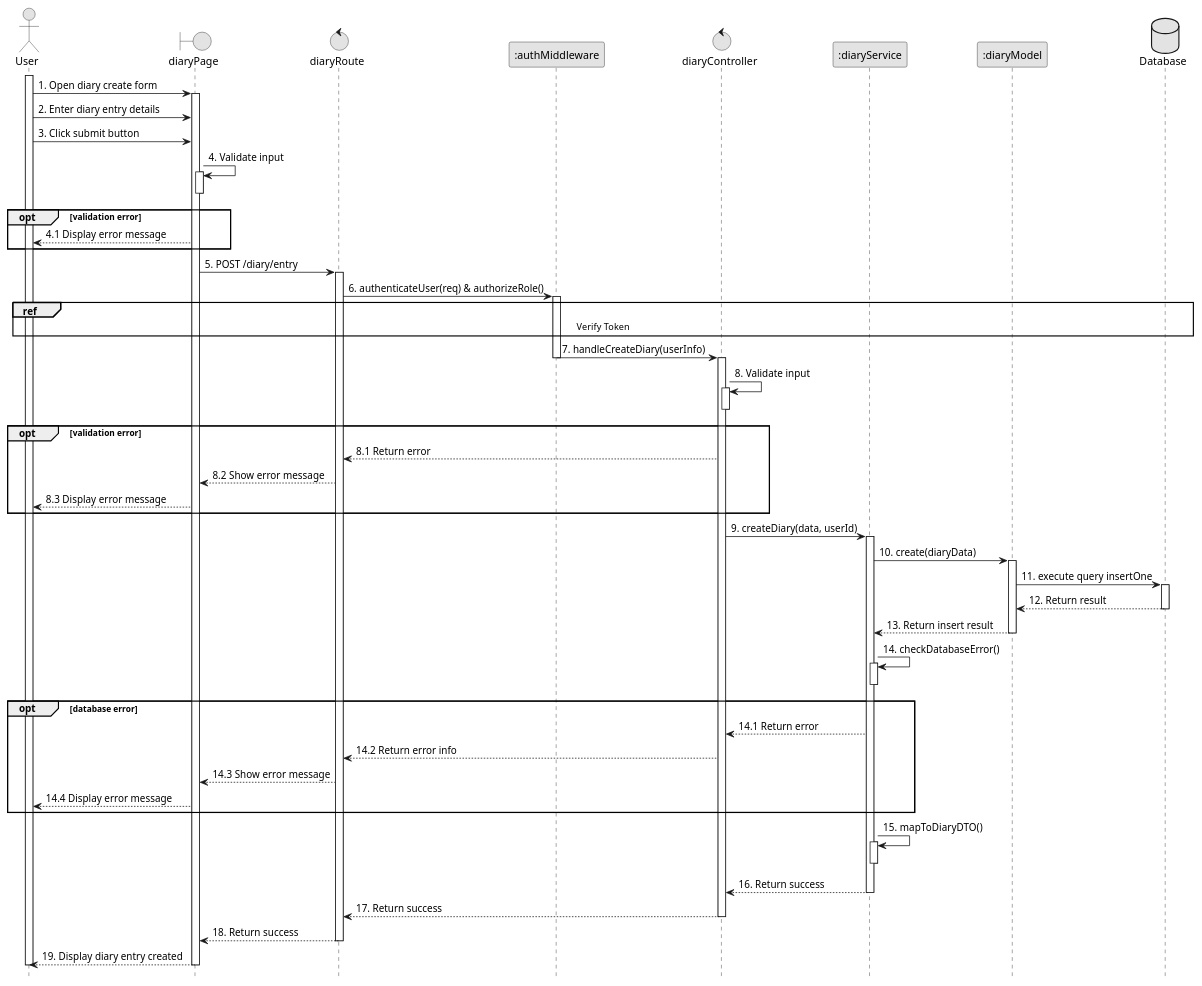
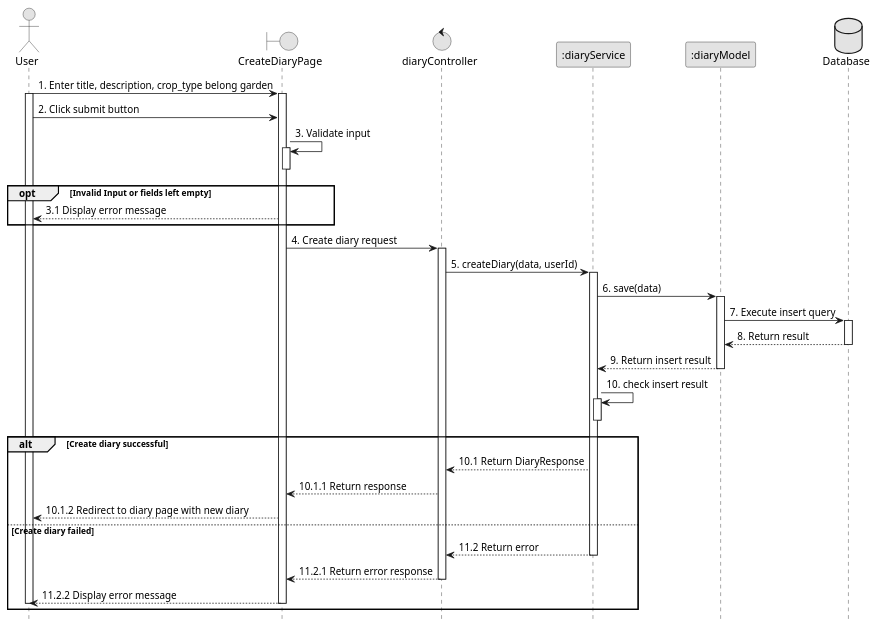
One commit to VietDurian/VietDurian changed the diagram in planuml/web/17_createDiary.puml. Above: the diagram before and after it, drawn with PlantUML. The commit also changed 33 other files, not shown here.

```diff
--- a/planuml/web/17_createDiary.puml
+++ b/planuml/web/17_createDiary.puml
@@ -1,76 +1,56 @@
 @startuml 10.1_createDiary
 skinparam monochrome true
 skinparam shadowing false
 skinparam sequenceArrowThickness 1
 hide footbox
 
 actor User
-boundary diaryPage as UI
-control diaryRoute as Route
-participant ":authMiddleware" as Middleware
+boundary CreateDiaryPage as UI
+ 
 control diaryController as Controller
 participant ":diaryService" as Service
 participant ":diaryModel" as Model
 database Database as DB
 
+
+User -> UI : 1. Enter title, description, crop_type belong garden
 activate User
-User -> UI : 1. Open diary create form
 activate UI
-User -> UI : 2. Enter diary entry details
-User -> UI : 3. Click submit button
-UI -> UI : 4. Validate input
+User -> UI : 2. Click submit button
+UI -> UI : 3. Validate input
 activate UI
 deactivate UI
-opt validation error
-    UI --> User : 4.1 Display error message
+opt Invalid Input or fields left empty
+    UI --> User : 3.1 Display error message
 end
-UI -> Route : 5. POST /diary/entry 
-activate Route
-Route -> Middleware : 6. authenticateUser(req) & authorizeRole()
-activate Middleware
-ref over User, DB: Verify Token
-Middleware -> Controller : 7. handleCreateDiary(userInfo)
-deactivate Middleware
+UI -> Controller : 4. Create diary request
 activate Controller
-Controller -> Controller : 8. Validate input
-activate Controller
-deactivate Controller
-opt validation error
-    Controller --> Route : 8.1 Return error
-    Route --> UI : 8.2 Show error message
-    UI --> User : 8.3 Display error message
-end
-Controller -> Service : 9. createDiary(data, userId)
+Controller -> Service : 5. createDiary(data, userId)
 activate Service
-Service -> Model : 10. create(diaryData)
+Service -> Model : 6. save(data)
 activate Model
-Model -> DB : 11. execute query insertOne
+Model -> DB : 7. Execute insert query
 activate DB
-DB --> Model : 12. Return result
+DB --> Model : 8. Return result
 deactivate DB
-Model --> Service : 13. Return insert result
+Model --> Service : 9. Return insert result
 deactivate Model
-Service -> Service : 14. checkDatabaseError()
+Service -> Service : 10. check insert result
 activate Service
 deactivate Service
-opt database error
-    Service --> Controller : 14.1 Return error
-    Controller --> Route : 14.2 Return error info
-    Route --> UI : 14.3 Show error message
-    UI --> User : 14.4 Display error message
+
+alt Create diary successful
+    Service --> Controller : 10.1 Return DiaryResponse
+    Controller --> UI : 10.1.1 Return response
+    UI --> User : 10.1.2 Redirect to diary page with new diary
+else Create diary failed
+    Service --> Controller : 11.2 Return error
+    deactivate Service
+    Controller --> UI : 11.2.1 Return error response
+    deactivate Controller
+    UI --> User : 11.2.2 Display error message
+    deactivate UI
+    deactivate User
 end
-Service -> Service : 15. mapToDiaryDTO()
-activate Service
-deactivate Service
-Service --> Controller : 16. Return success
-deactivate Service
-Controller --> Route : 17. Return success
-deactivate Controller
-Route --> UI : 18. Return success
-deactivate Route
-
-UI --> User : 19. Display diary entry created
-deactivate UI
-deactivate User
 
 @enduml
```
